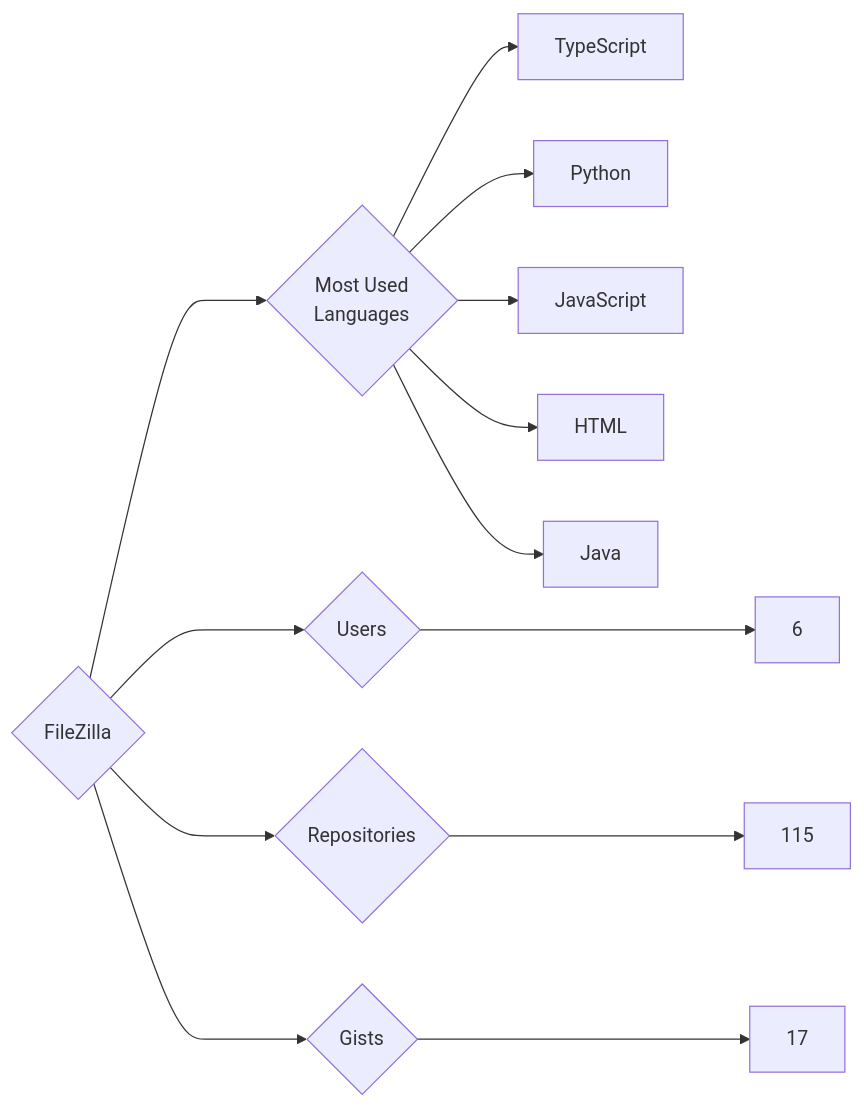
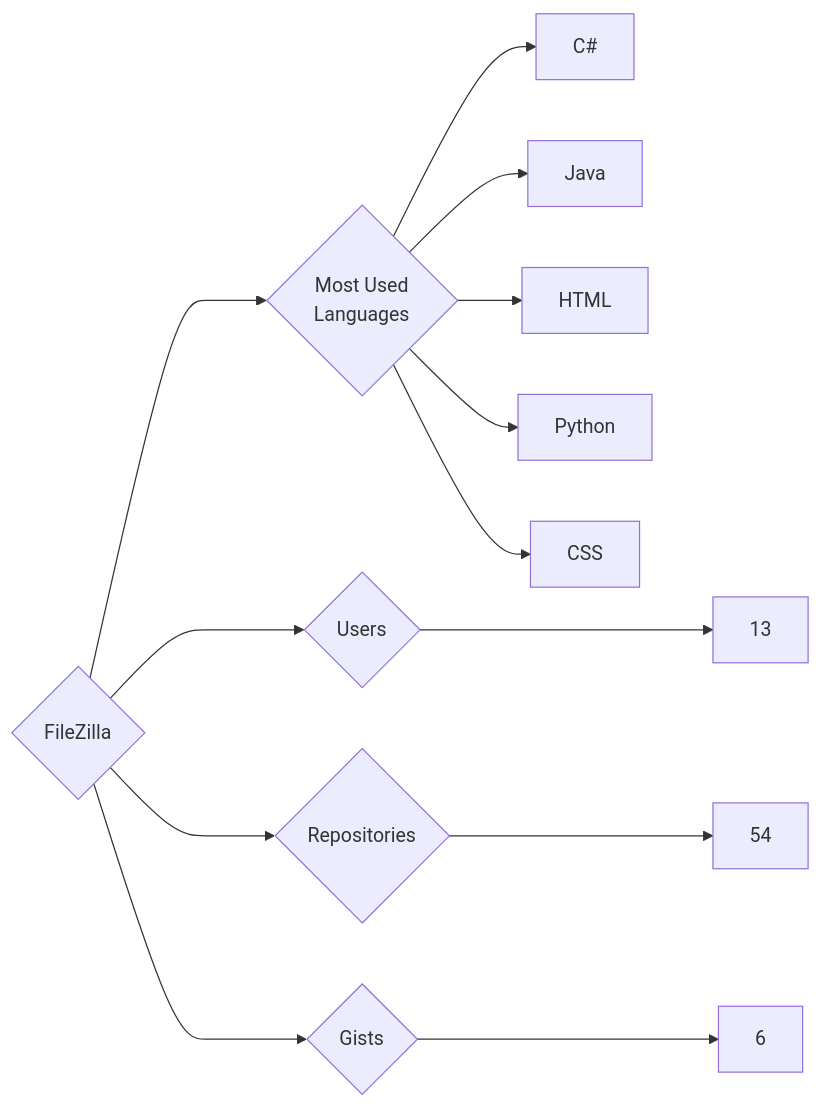
Before and after one commit to trickest/insiders: the diagram in targets/FileZilla/README.md, drawn with Mermaid. The commit also changed 1166 other files, not shown here.

````diff
--- a/targets/FileZilla/README.md
+++ b/targets/FileZilla/README.md
@@ -3,13 +3,13 @@
 ```mermaid
 graph LR
 COMPANY_NAME{FileZilla}
-COMPANY_NAME ---> U{Users} ---> UN[6]
-COMPANY_NAME ---> R{Repositories} ---> RN[115]
-COMPANY_NAME ---> G{Gists} ---> GN[17]
+COMPANY_NAME ---> U{Users} ---> UN[13]
+COMPANY_NAME ---> R{Repositories} ---> RN[54]
+COMPANY_NAME ---> G{Gists} ---> GN[6]
 COMPANY_NAME ---> ML{Most Used<br>Languages}
-ML --> TypeScript[TypeScript]
+ML --> C#[C#]
+ML --> Java[Java]
+ML --> HTML[HTML]
 ML --> Python[Python]
-ML --> JavaScript[JavaScript]
-ML --> HTML[HTML]
-ML --> Java[Java]
+ML --> CSS[CSS]
 ```
````
